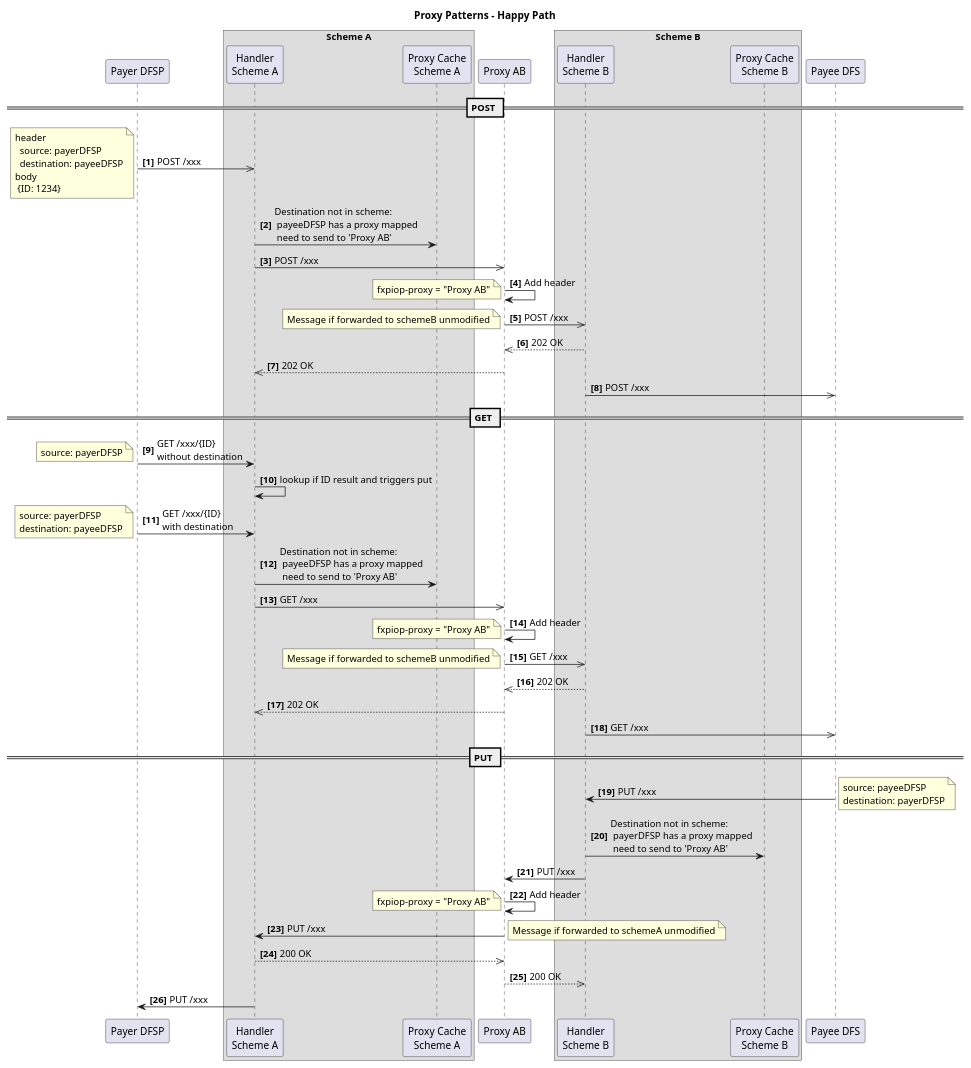
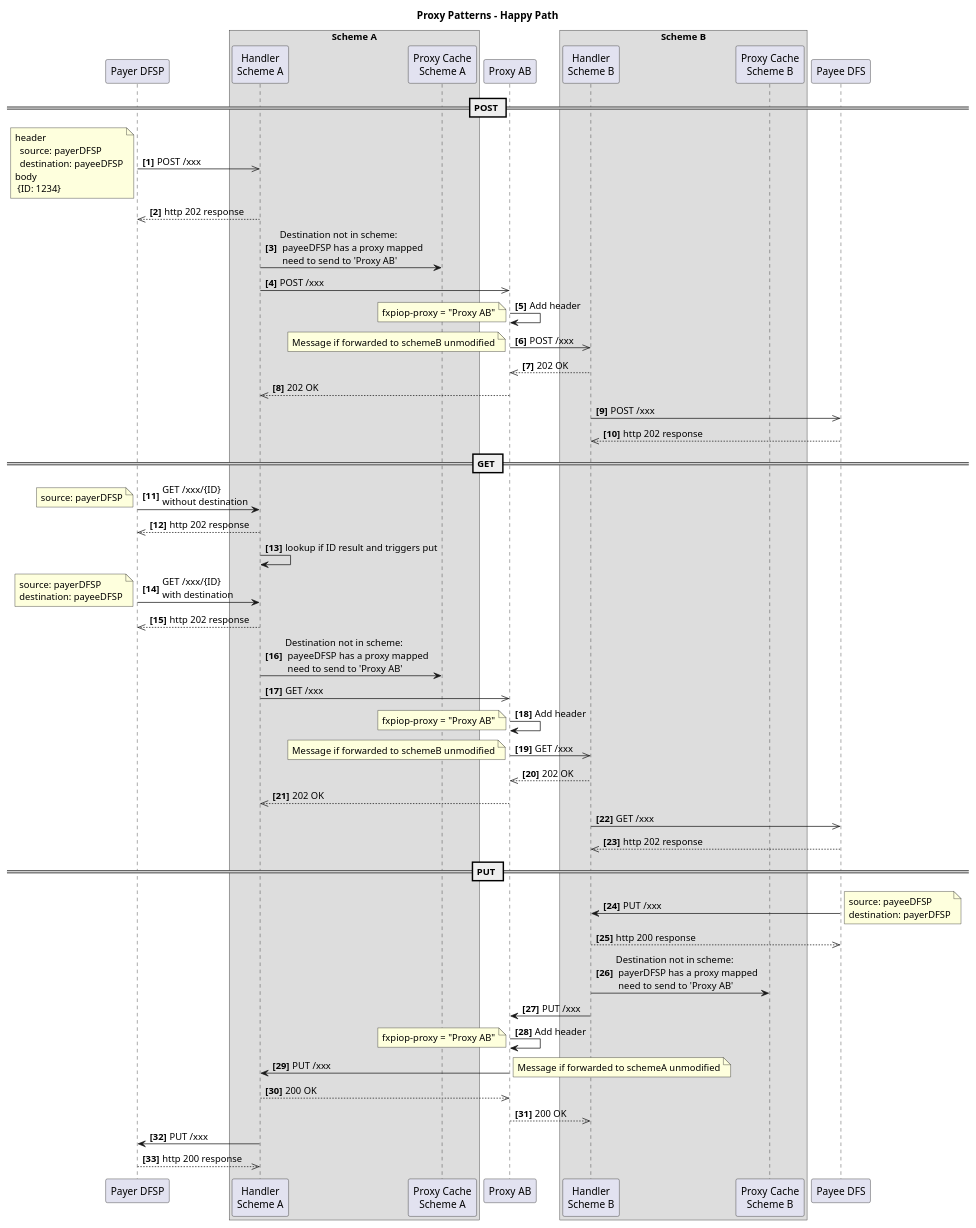
One commit to mojaloop/ml-inter-scheme-docs changed the diagram in Design/Proxy pattern - Happy path.plantuml. Above: the diagram before and after it, drawn with PlantUML. The commit also changed 10 other files, not shown here.

Commit message:
added Get services design and http responses to existing diagrams

```diff
--- a/Design/Proxy pattern - Happy path.plantuml
+++ b/Design/Proxy pattern - Happy path.plantuml
@@ -1,98 +1,106 @@
 @startuml
 
 title Proxy Patterns - Happy Path 
 
 participant "Payer DFSP" as payerDFSP
 box "Scheme A"
     participant "Handler\nScheme A" as schemeA
     participant "Proxy Cache\nScheme A" as pc_A
 end box
 participant "Proxy AB" as xnp
 box "Scheme B"
     participant "Handler\nScheme B" as schemeB
     participant "Proxy Cache\nScheme B" as pc_B
 end box
 participant "Payee DFS" as payeeDFSP
 
 autonumber 1 "<b>[0]"
 
 == POST ==
 payerDFSP ->> schemeA: POST /xxx
 note left
 header
   source: payerDFSP
   destination: payeeDFSP
 body
  {ID: 1234}
 end note
+schemeA-->>payerDFSP: http 202 response
 schemeA -> pc_A: Destination not in scheme:\n payeeDFSP has a proxy mapped\n need to send to 'Proxy AB'
 schemeA ->> xnp: POST /xxx
 xnp->xnp: Add header
     note left
     fxpiop-proxy = "Proxy AB"
     end note
 xnp ->> schemeB: POST /xxx
 note left
 Message if forwarded to schemeB unmodified
 end note
     
 schemeB -->> xnp: 202 OK
 xnp -->> schemeA: 202 OK
 
 schemeB ->> payeeDFSP: POST /xxx
+payeeDFSP-->>schemeB: http 202 response
 
 == GET ==
 payerDFSP -> schemeA: GET /xxx/{ID} \nwithout destination
 note left
   source: payerDFSP
 end note
+schemeA-->>payerDFSP: http 202 response
 
 schemeA->schemeA: lookup if ID result and triggers put
 
 payerDFSP -> schemeA: GET /xxx/{ID} \nwith destination
 note left
   source: payerDFSP
   destination: payeeDFSP
 end note
+schemeA-->>payerDFSP: http 202 response
 
 schemeA -> pc_A: Destination not in scheme:\n payeeDFSP has a proxy mapped\n need to send to 'Proxy AB'
 schemeA ->> xnp: GET /xxx
 xnp->xnp: Add header
     note left
     fxpiop-proxy = "Proxy AB"
     end note
 xnp ->> schemeB: GET /xxx
 note left
 Message if forwarded to schemeB unmodified
 end note
 schemeB -->> xnp: 202 OK
 xnp -->> schemeA: 202 OK
 
 schemeB ->> payeeDFSP: GET /xxx
+payeeDFSP-->>schemeB: http 202 response
 
 
 
 == PUT ==
 
 
 payeeDFSP -> schemeB: PUT /xxx
 note right
     source: payeeDFSP
     destination: payerDFSP
 end note
+schemeB-->>payeeDFSP: http 200 response
+
 schemeB -> pc_B: Destination not in scheme:\n payerDFSP has a proxy mapped\n need to send to 'Proxy AB'
 schemeB -> xnp: PUT /xxx
 xnp->xnp: Add header
     note left
     fxpiop-proxy = "Proxy AB"
     end note
 xnp -> schemeA: PUT /xxx
 note right
 Message if forwarded to schemeA unmodified
 end note
 schemeA -->> xnp: 200 OK
 xnp -->> schemeB: 200 OK
 
 schemeA -> payerDFSP: PUT /xxx
+payerDFSP-->>schemeA: http 200 response
 
 @enduml
```
